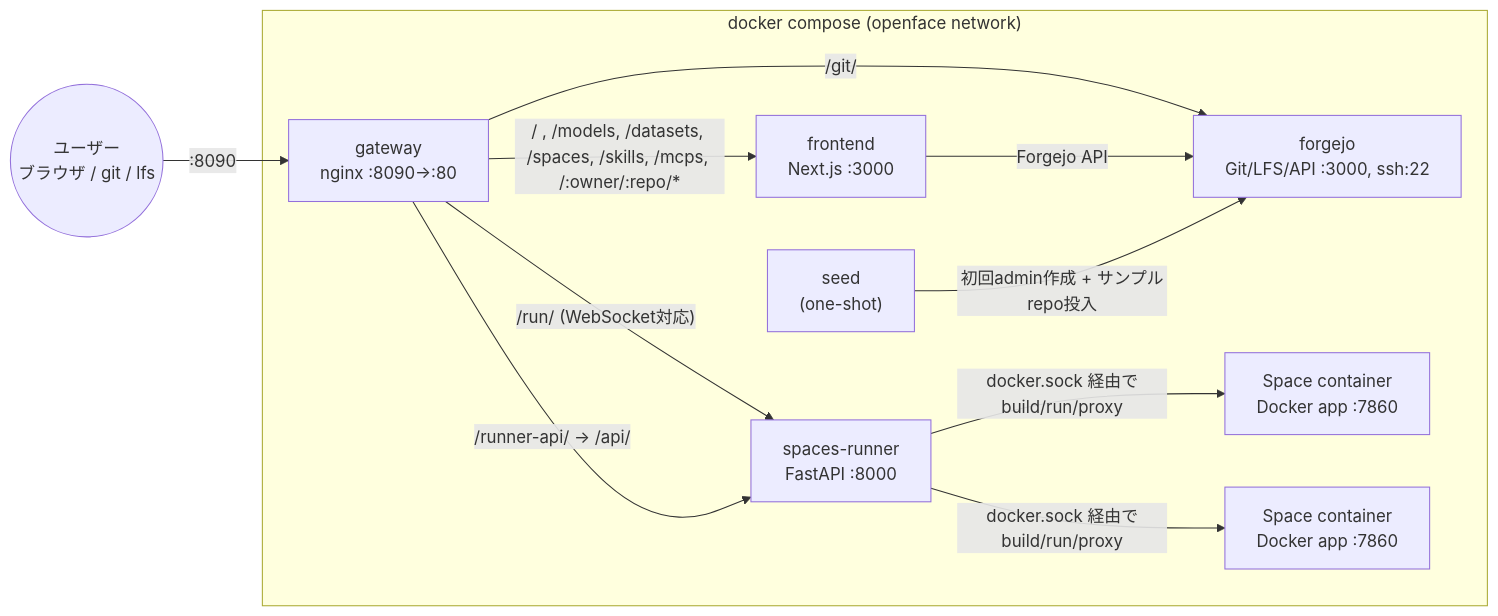
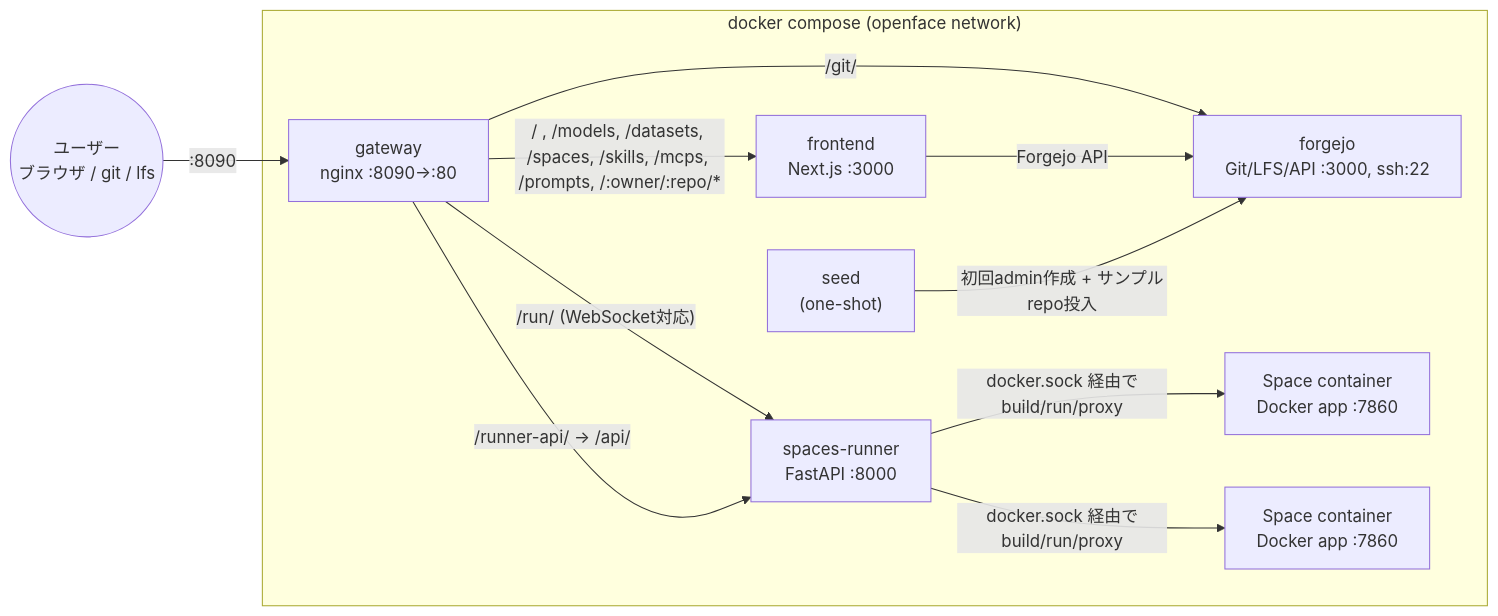
The diagram in README.md (Sunwood-ai-labs/OpenFace), drawn with Mermaid before and after one commit. The commit also changed other lines of this file and 3 other files, not shown here.

````diff
--- a/README.md
+++ b/README.md
@@ -27,25 +27,25 @@
 ```mermaid
 flowchart LR
     User((ユーザー<br/>ブラウザ / git / lfs))
 
     subgraph Docker["docker compose (openface network)"]
         Gateway["gateway<br/>nginx :8090→:80"]
         Frontend["frontend<br/>Next.js :3000"]
         Forgejo["forgejo<br/>Git/LFS/API :3000, ssh:22"]
         Runner["spaces-runner<br/>FastAPI :8000"]
         Seed["seed<br/>(one-shot)"]
         SpaceA["Space container<br/>Docker app :7860"]
         SpaceB["Space container<br/>Docker app :7860"]
 
-        Gateway -- "/ , /models, /datasets, /spaces, /skills, /mcps, /:owner/:repo/*" --> Frontend
+        Gateway -- "/ , /models, /datasets, /spaces, /skills, /mcps, /prompts, /:owner/:repo/*" --> Frontend
         Gateway -- "/git/" --> Forgejo
         Gateway -- "/run/ (WebSocket対応)" --> Runner
         Gateway -- "/runner-api/ → /api/" --> Runner
         Frontend -- "Forgejo API" --> Forgejo
         Runner -- "docker.sock 経由でbuild/run/proxy" --> SpaceA
         Runner -- "docker.sock 経由でbuild/run/proxy" --> SpaceB
         Seed -- "初回admin作成 + サンプルrepo投入" --> Forgejo
     end
 
     User -- ":8090" --> Gateway
 ```
````
